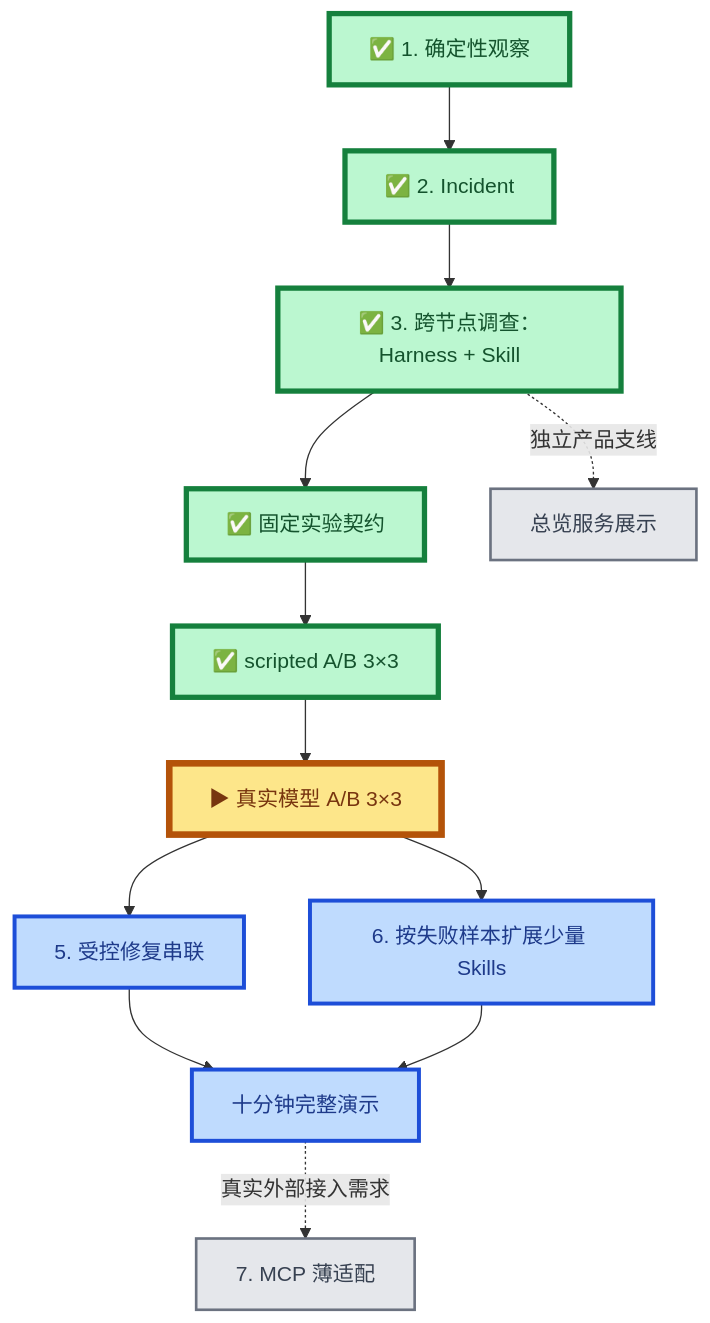
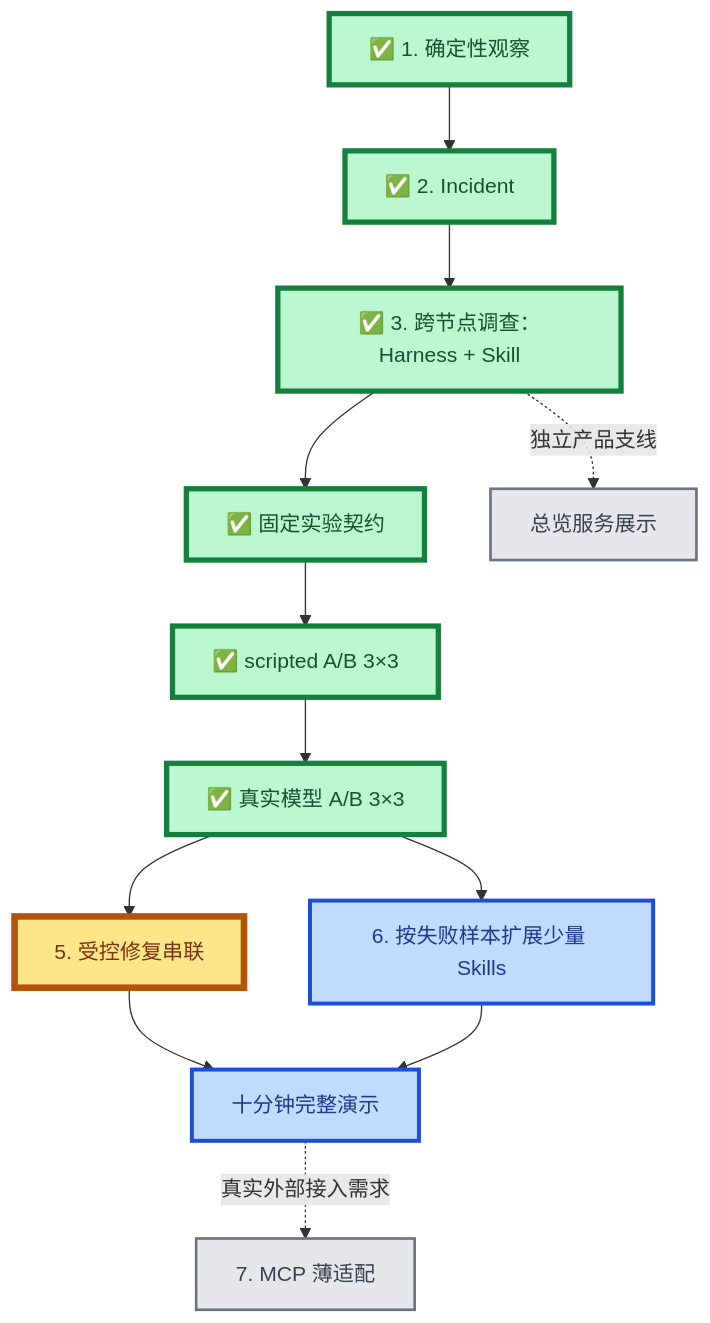
Before and after one commit to Sugarfarmeriod/TunnelMinion: the first of 2 diagrams in docs/project/roadmap.md, drawn with Mermaid. The commit also changed other lines of this file and 10 other files, not shown here.

````diff
--- a/docs/project/roadmap.md
+++ b/docs/project/roadmap.md
@@ -8,26 +8,26 @@
 ```mermaid
 flowchart TB
     A["✅ 1. 确定性观察"] --> B["✅ 2. Incident"]
     B --> C["✅ 3. 跨节点调查：Harness + Skill"]
 
     C --> D1["✅ 固定实验契约"]
     D1 --> D2["✅ scripted A/B 3×3"]
-    D2 --> D3["▶ 真实模型 A/B 3×3"]
+    D2 --> D3["✅ 真实模型 A/B 3×3"]
 
     D3 --> E["5. 受控修复串联"]
     D3 --> F["6. 按失败样本扩展少量 Skills"]
     E --> H["十分钟完整演示"]
     F --> H
     H -.真实外部接入需求.-> G["7. MCP 薄适配"]
 
     C -.独立产品支线.-> U["总览服务展示"]
 
     classDef done fill:#bbf7d0,stroke:#15803d,stroke-width:4px,color:#14532d;
     classDef current fill:#fde68a,stroke:#b45309,stroke-width:5px,color:#78350f;
     classDef next fill:#bfdbfe,stroke:#1d4ed8,stroke-width:3px,color:#1e3a8a;
     classDef later fill:#e5e7eb,stroke:#6b7280,stroke-width:2px,color:#374151;
-    class A,B,C,D1,D2 done;
-    class D3 current;
-    class E,F,H next;
+    class A,B,C,D1,D2,D3 done;
+    class E current;
+    class F,H next;
     class G,U later;
 ```
````
